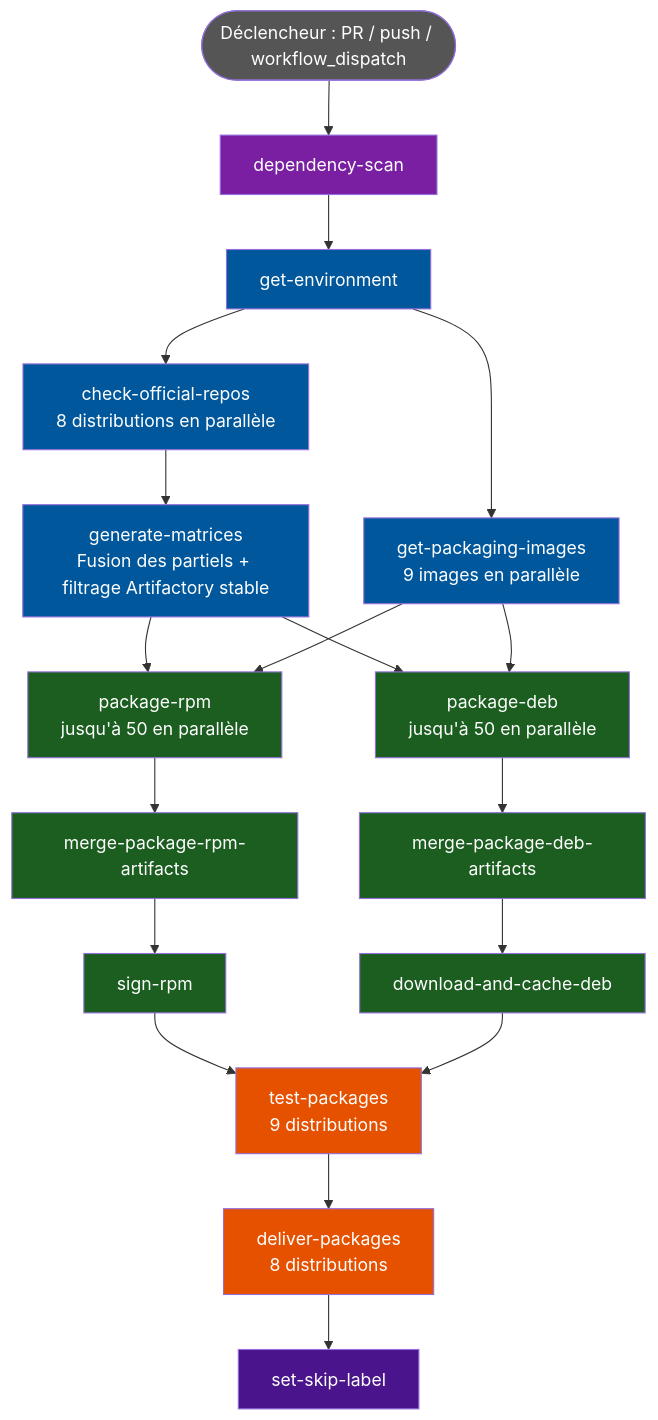
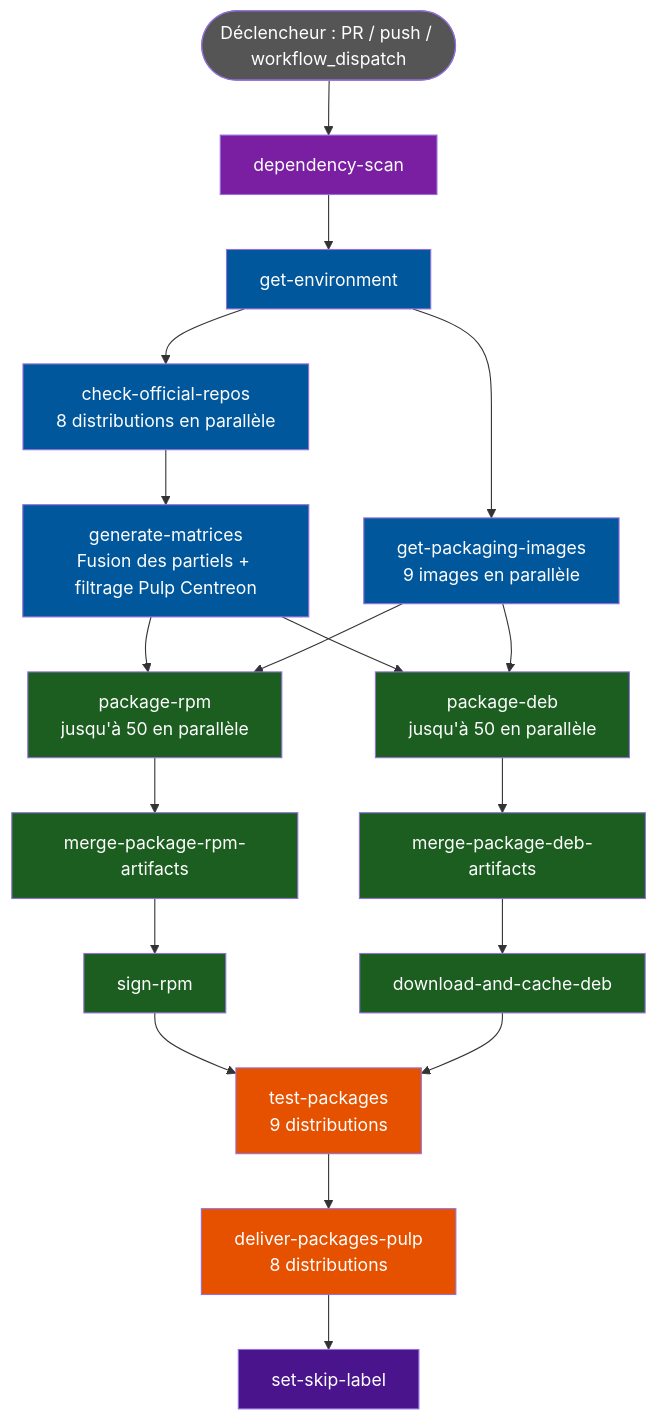
One commit to centreon/centreon-plugins changed the first of 2 diagrams in doc/fr/developer/perl-cpan-libraries-ci.md. Above: the diagram before and after it, drawn with Mermaid. The commit also changed other lines of this file and 21 other files, not shown here.

````diff
--- a/doc/fr/developer/perl-cpan-libraries-ci.md
+++ b/doc/fr/developer/perl-cpan-libraries-ci.md
@@ -13,42 +13,42 @@
 ```mermaid
 flowchart TD
     TRIGGER([Déclencheur : PR / push / workflow_dispatch]) --> DEP[dependency-scan]
     DEP --> ENV[get-environment]
 
     ENV --> CHK[check-official-repos\n8 distributions en parallèle]
     ENV --> GPI[get-packaging-images\n9 images en parallèle]
 
-    CHK --> GEN[generate-matrices\nFusion des partiels + filtrage Artifactory stable]
+    CHK --> GEN[generate-matrices\nFusion des partiels + filtrage Pulp Centreon]
     GEN --> PRPM[package-rpm\njusqu'à 50 en parallèle]
     GEN --> PDEB[package-deb\njusqu'à 50 en parallèle]
     GPI --> PRPM
     GPI --> PDEB
 
     PRPM --> MRPM[merge-package-rpm-artifacts]
     PDEB --> MDEB[merge-package-deb-artifacts]
 
     MRPM --> SIGN[sign-rpm]
     MDEB --> CDEB[download-and-cache-deb]
 
     SIGN --> TEST[test-packages\n9 distributions]
     CDEB --> TEST
 
-    TEST --> DP[deliver-packages\n8 distributions]
+    TEST --> DP[deliver-packages-pulp\n8 distributions]
     DP --> SKIP[set-skip-label]
 
     style TRIGGER fill:#555,color:#fff
     style DEP fill:#7b1fa2,color:#fff
     style ENV fill:#01579b,color:#fff
     style CHK fill:#01579b,color:#fff
     style GPI fill:#01579b,color:#fff
     style GEN fill:#01579b,color:#fff
     style PRPM fill:#1b5e20,color:#fff
     style PDEB fill:#1b5e20,color:#fff
     style MRPM fill:#1b5e20,color:#fff
     style MDEB fill:#1b5e20,color:#fff
     style SIGN fill:#1b5e20,color:#fff
     style CDEB fill:#1b5e20,color:#fff
     style TEST fill:#e65100,color:#fff
     style DP fill:#e65100,color:#fff
     style SKIP fill:#4a148c,color:#fff
 ```
````
